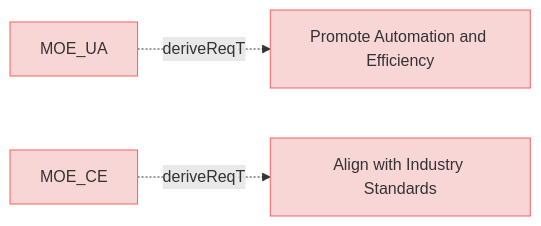
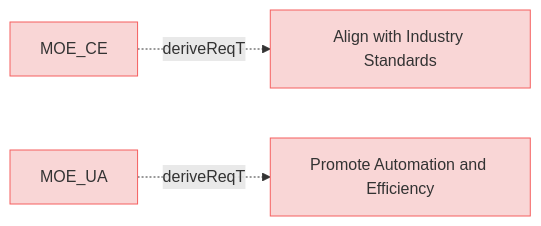
The diagram in specifications/MissionRequirements.md (reqvire-org/reqvire), drawn with Mermaid before and after one commit. The commit also changed other lines of this file and 16 other files, not shown here.

Commit message:
Updates diagrams

````diff
--- a/specifications/MissionRequirements.md
+++ b/specifications/MissionRequirements.md
@@ -5,24 +5,24 @@
 ```mermaid
 graph LR;
   %% REQVIRE-AUTOGENERATED-DIAGRAM
   %% Graph styling
   classDef requirement fill:#f9d6d6,stroke:#f55f5f,stroke-width:1px;
   classDef verification fill:#d6f9d6,stroke:#5fd75f,stroke-width:1px;
   classDef externalLink fill:#d0e0ff,stroke:#3080ff,stroke-width:1px;
   classDef default fill:#f5f5f5,stroke:#333333,stroke-width:1px;
 
+  80166c5161b33956["Promote Automation and Efficiency"];
+  class 80166c5161b33956 requirement;
+  click 80166c5161b33956 "MissionRequirements.md#promote-automation-and-efficiency";
   b74eec7ed767e7c["Align with Industry Standards"];
   class b74eec7ed767e7c requirement;
   click b74eec7ed767e7c "MissionRequirements.md#align-with-industry-standards";
-  80166c5161b33956["Promote Automation and Efficiency"];
-  class 80166c5161b33956 requirement;
-  click 80166c5161b33956 "MissionRequirements.md#promote-automation-and-efficiency";
+  e9ad540a6411a0fc["MOE_CE"];
+  class e9ad540a6411a0fc requirement;
+  click e9ad540a6411a0fc "MOEs.md#moe_ce";
+  e9ad540a6411a0fc -.->|deriveReqT| b74eec7ed767e7c;
   2c5f30f14e792200["MOE_UA"];
   class 2c5f30f14e792200 requirement;
   click 2c5f30f14e792200 "MOEs.md#moe_ua";
   2c5f30f14e792200 -.->|deriveReqT| 80166c5161b33956;
-  e9ad540a6411a0fc["MOE_CE"];
-  class e9ad540a6411a0fc requirement;
-  click e9ad540a6411a0fc "MOEs.md#moe_ce";
-  e9ad540a6411a0fc -.->|deriveReqT| b74eec7ed767e7c;
 ```
````
